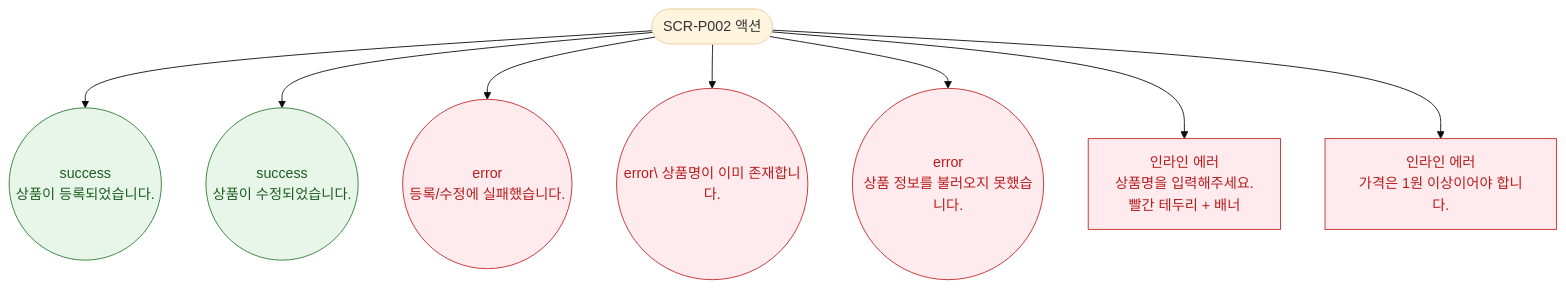
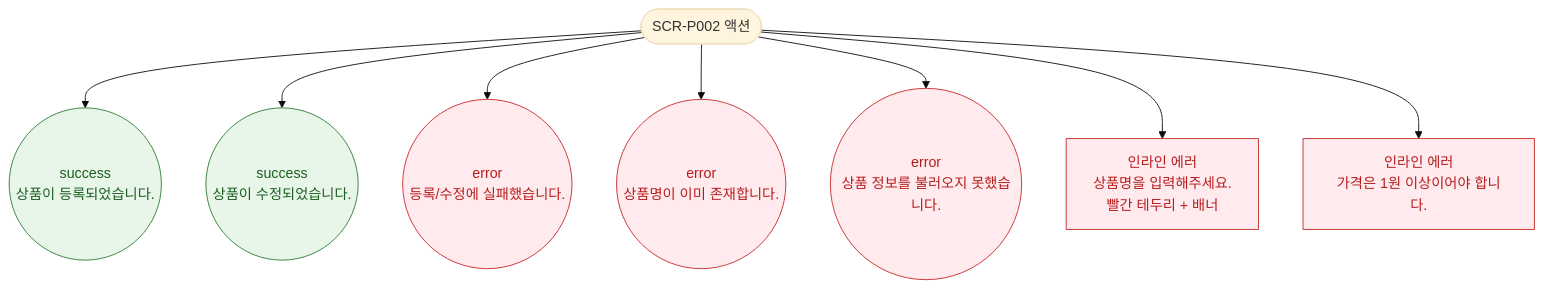
One commit to dev-spogym/admin-pando changed the diagram in docs/admin/다이어그램/D05_상품관리/SCR-P002_상품등록수정_레거시/F9_토스트피드백.md. Above: the diagram before and after it, drawn with Mermaid (base theme). The commit also changed 369 other files, not shown here.

````diff
--- a/docs/admin/다이어그램/D05_상품관리/SCR-P002_상품등록수정_레거시/F9_토스트피드백.md
+++ b/docs/admin/다이어그램/D05_상품관리/SCR-P002_상품등록수정_레거시/F9_토스트피드백.md
@@ -14,17 +14,17 @@
 ```mermaid
 flowchart TD
     TRIGGER([SCR-P002 액션])
 
     TRIGGER --> T_REG_OK((success\n상품이 등록되었습니다.))
     TRIGGER --> T_MOD_OK((success\n상품이 수정되었습니다.))
     TRIGGER --> T_SAVE_ERR((error\n등록/수정에 실패했습니다.))
-    TRIGGER --> T_DUP((error\ 상품명이 이미 존재합니다.))
+    TRIGGER --> T_DUP((error<br/> 상품명이 이미 존재합니다.))
     TRIGGER --> T_LOAD_ERR((error\n상품 정보를 불러오지 못했습니다.))
     TRIGGER --> T_NAME_ERR[인라인 에러\n상품명을 입력해주세요.\n빨간 테두리 + 배너]
     TRIGGER --> T_PRICE_ERR[인라인 에러\n가격은 1원 이상이어야 합니다.]
 
     classDef success fill:#E8F5E9,stroke:#2E7D32,color:#1B5E20
     classDef error fill:#FFEBEE,stroke:#C62828,color:#B71C1C
     class T_REG_OK,T_MOD_OK success
     class T_SAVE_ERR,T_DUP,T_LOAD_ERR,T_NAME_ERR,T_PRICE_ERR error
 ```
````
